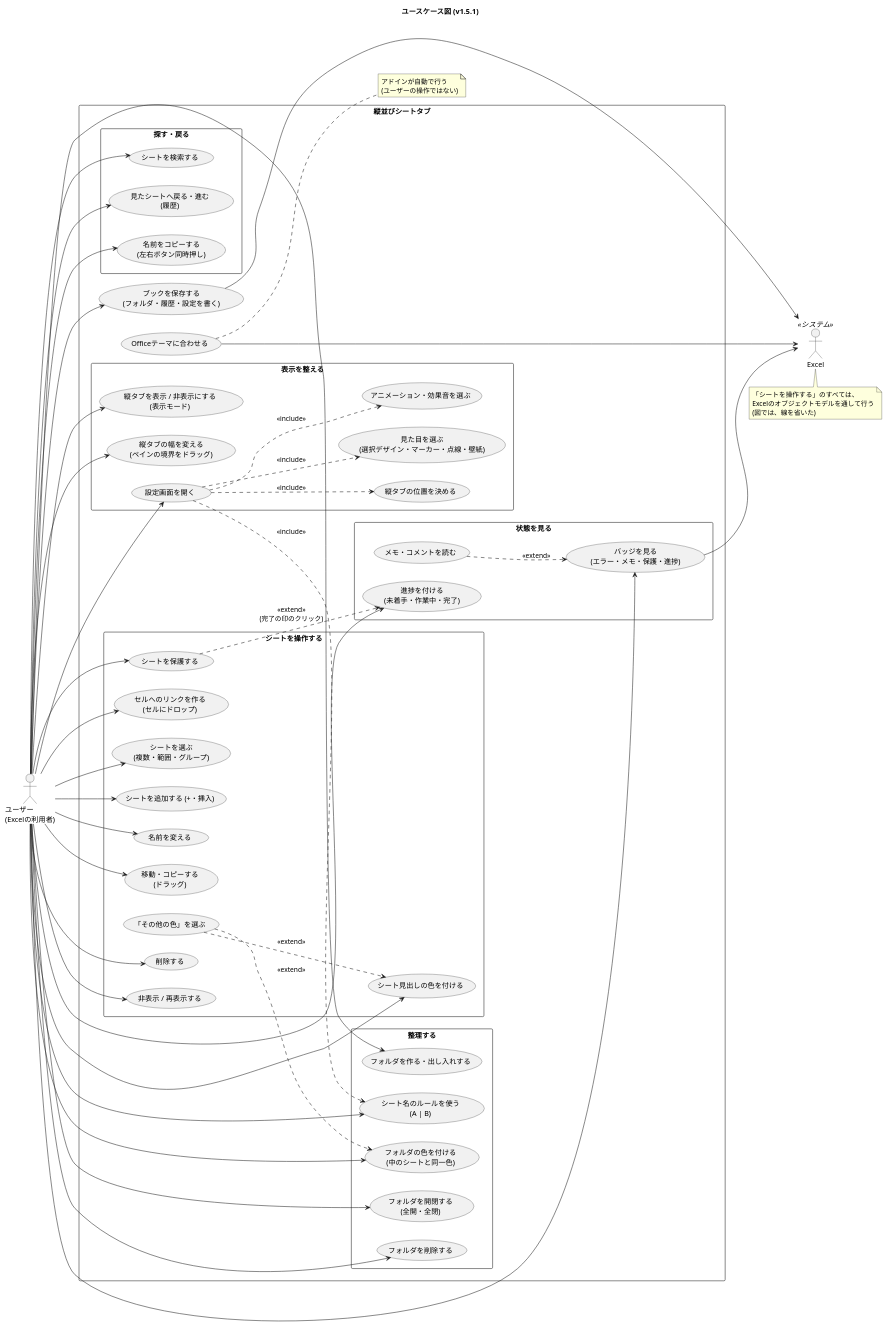
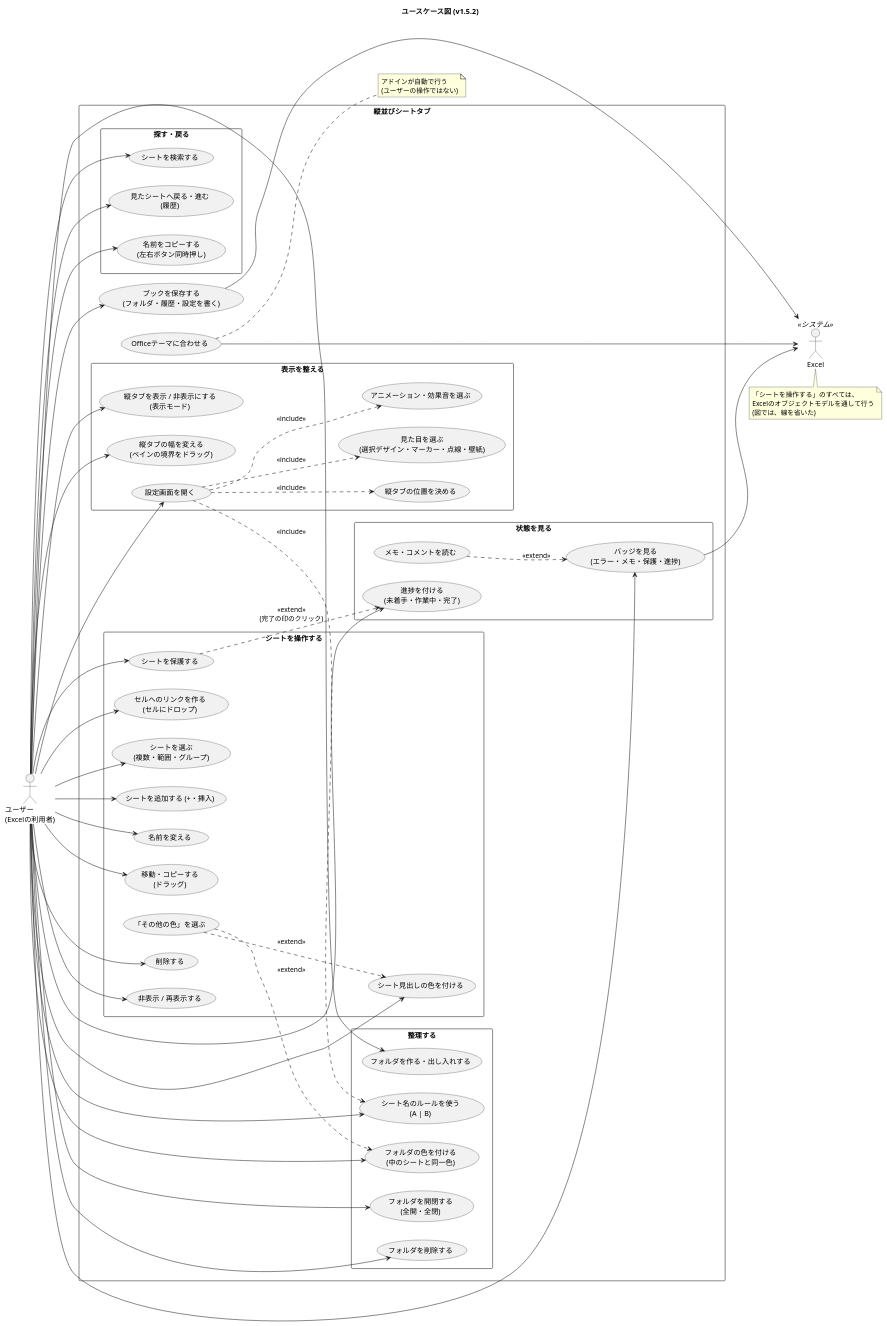
Before and after one commit to nk-taka623/VerticalSheetTabs: the diagram in docs/usecase.puml, drawn with PlantUML. The commit also changed 14 other files, not shown here.

```diff
--- a/docs/usecase.puml
+++ b/docs/usecase.puml
@@ -1,105 +1,105 @@
 @startuml
-title ユースケース図 (v1.5.1)
+title ユースケース図 (v1.5.2)
 left to right direction
 skinparam shadowing false
 skinparam packageStyle rectangle
 
 actor "ユーザー\n(Excelの利用者)" as U
 actor "Excel" as XL <<システム>>
 
 rectangle "縦並びシートタブ" {
 
   package "シートを操作する" {
     usecase "シートを選ぶ\n(複数・範囲・グループ)" as UC_SEL
     usecase "シートを追加する (+・挿入)" as UC_ADD
     usecase "名前を変える" as UC_REN
     usecase "移動・コピーする\n(ドラッグ)" as UC_MOVE
     usecase "削除する" as UC_DEL
     usecase "非表示 / 再表示する" as UC_HIDE
     usecase "シート見出しの色を付ける" as UC_COLOR
     usecase "「その他の色」を選ぶ" as UC_MORE
     usecase "シートを保護する" as UC_PROT
     usecase "セルへのリンクを作る\n(セルにドロップ)" as UC_LINK
   }
 
   package "整理する" {
     usecase "フォルダを作る・出し入れする" as UC_FOLDER
     usecase "フォルダを開閉する\n(全開・全閉)" as UC_TOGGLE
     usecase "フォルダの色を付ける\n(中のシートと同一色)" as UC_FCOLOR
     usecase "フォルダを削除する" as UC_FDEL
     usecase "シート名のルールを使う\n(A | B)" as UC_RULE
   }
 
   package "探す・戻る" {
     usecase "シートを検索する" as UC_SEARCH
     usecase "見たシートへ戻る・進む\n(履歴)" as UC_HIST
     usecase "名前をコピーする\n(左右ボタン同時押し)" as UC_COPY
   }
 
   package "状態を見る" {
     usecase "バッジを見る\n(エラー・メモ・保護・進捗)" as UC_BADGE
     usecase "メモ・コメントを読む" as UC_MEMO
     usecase "進捗を付ける\n(未着手・作業中・完了)" as UC_PROG
   }
 
   package "表示を整える" {
     usecase "縦タブを表示 / 非表示にする\n(表示モード)" as UC_MODE
     usecase "縦タブの位置を決める" as UC_SIDE
     usecase "縦タブの幅を変える\n(ペインの境界をドラッグ)" as UC_WIDTH
     usecase "設定画面を開く" as UC_SET
     usecase "見た目を選ぶ\n(選択デザイン・マーカー・点線・壁紙)" as UC_LOOK
     usecase "アニメーション・効果音を選ぶ" as UC_ANIM
   }
 
   usecase "ブックを保存する\n(フォルダ・履歴・設定を書く)" as UC_SAVE
   usecase "Officeテーマに合わせる" as UC_THEME
 }
 
 U --> UC_SEL
 U --> UC_ADD
 U --> UC_REN
 U --> UC_MOVE
 U --> UC_DEL
 U --> UC_HIDE
 U --> UC_COLOR
 U --> UC_PROT
 U --> UC_LINK
 U --> UC_FOLDER
 U --> UC_TOGGLE
 U --> UC_FCOLOR
 U --> UC_FDEL
 U --> UC_RULE
 U --> UC_SEARCH
 U --> UC_HIST
 U --> UC_COPY
 U --> UC_BADGE
 U --> UC_PROG
 U --> UC_MODE
 U --> UC_WIDTH
 U --> UC_SET
 U --> UC_SAVE
 
 UC_MORE ..> UC_COLOR : <<extend>>
 UC_MORE ..> UC_FCOLOR : <<extend>>
 UC_MEMO ..> UC_BADGE : <<extend>>
 UC_PROT ..> UC_PROG : <<extend>>\n(完了の印のクリック)
 UC_SET ..> UC_SIDE : <<include>>
 UC_SET ..> UC_LOOK : <<include>>
 UC_SET ..> UC_ANIM : <<include>>
 UC_SET ..> UC_RULE : <<include>>
 
 UC_SAVE --> XL
 UC_THEME --> XL
 UC_BADGE --> XL
 
 note bottom of XL
   「シートを操作する」のすべては、
   Excelのオブジェクトモデルを通して行う
   (図では、線を省いた)
 end note
 
 note right of UC_THEME
   アドインが自動で行う
   (ユーザーの操作ではない)
 end note
 @enduml
```
